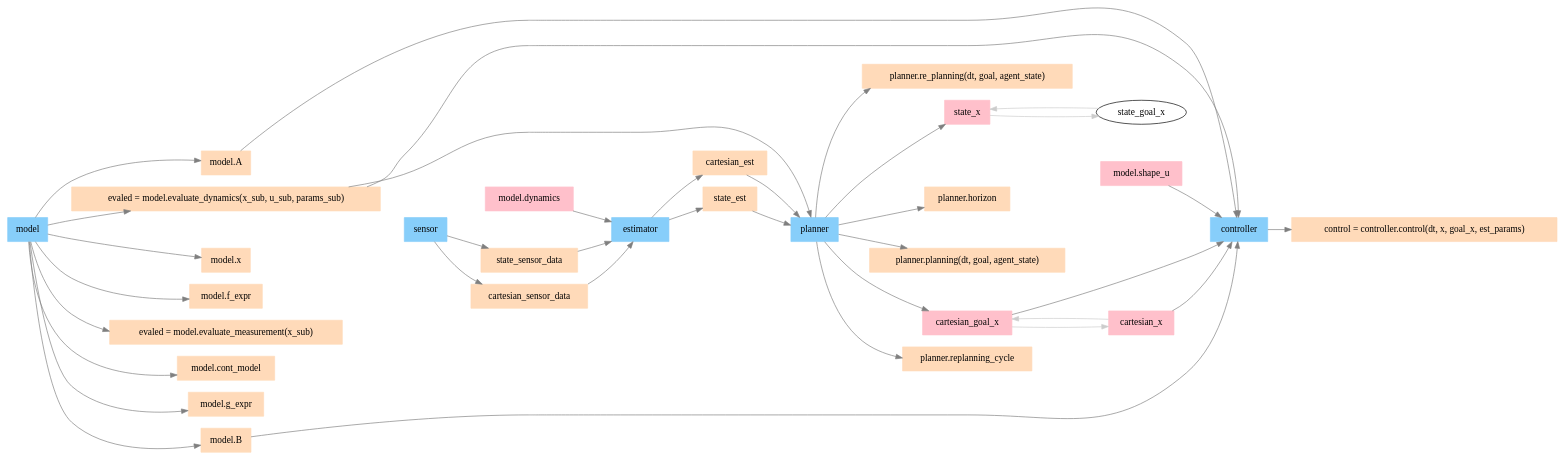
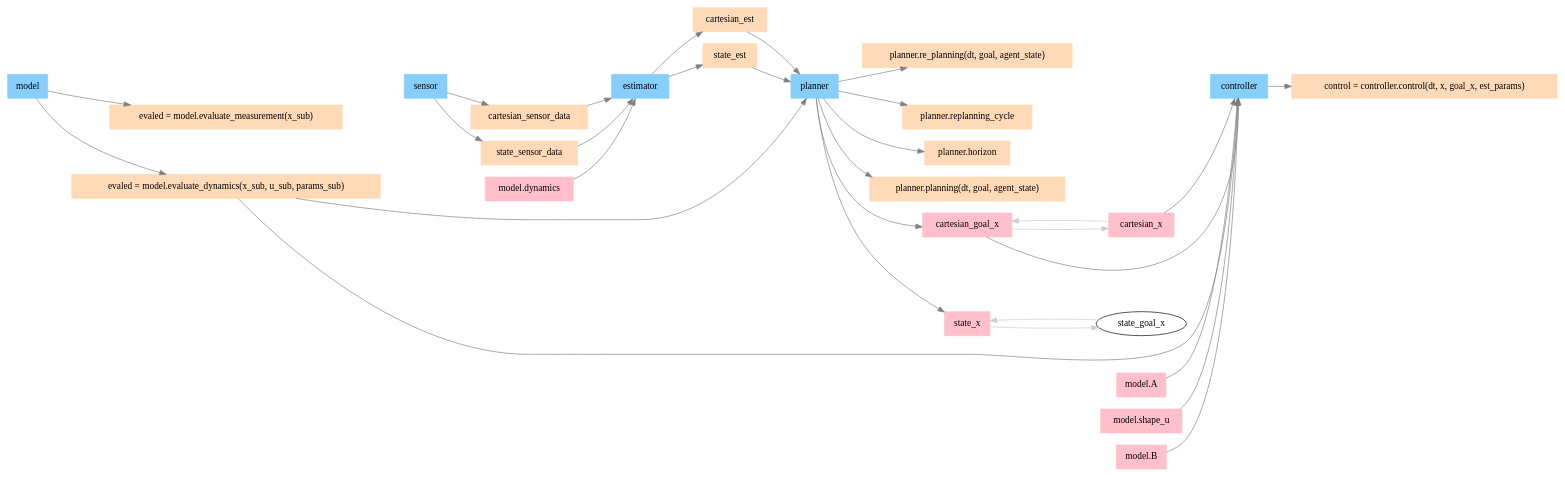
One commit to intelligent-control-lab/Composable_Agent_Toolbox changed the diagram in img/deps.gv. Above: the diagram before and after it, drawn with Graphviz. The commit also changed 4 other files, not shown here.

Commit message:
modify model yaml. architecture parser can not deal with empty entries and empty classes, need to be fixed

```diff
--- a/img/deps.gv
+++ b/img/deps.gv
@@ -1,126 +1,106 @@
 digraph G {
 	compound=true rankdir=LR
 	model [color=lightskyblue fillcolor=lightskyblue shape=box style=filled]
+	controller [color=lightskyblue fillcolor=lightskyblue shape=box style=filled]
+	planner [color=lightskyblue fillcolor=lightskyblue shape=box style=filled]
+	sensor [color=lightskyblue fillcolor=lightskyblue shape=box style=filled]
 	estimator [color=lightskyblue fillcolor=lightskyblue shape=box style=filled]
-	sensor [color=lightskyblue fillcolor=lightskyblue shape=box style=filled]
-	planner [color=lightskyblue fillcolor=lightskyblue shape=box style=filled]
-	controller [color=lightskyblue fillcolor=lightskyblue shape=box style=filled]
+	cartesian_sensor_data [color=peachpuff fillcolor=peachpuff shape=box style=filled]
+	"control = controller.control(dt, x, goal_x, est_params)" [color=peachpuff fillcolor=peachpuff shape=box style=filled]
+	"planner.replanning_cycle" [color=peachpuff fillcolor=peachpuff shape=box style=filled]
+	cartesian_x [color=peachpuff fillcolor=peachpuff shape=box style=filled]
+	cartesian_est [color=peachpuff fillcolor=peachpuff shape=box style=filled]
+	state_est [color=peachpuff fillcolor=peachpuff shape=box style=filled]
+	"planner.horizon" [color=peachpuff fillcolor=peachpuff shape=box style=filled]
+	"planner.planning(dt, goal, agent_state)" [color=peachpuff fillcolor=peachpuff shape=box style=filled]
+	cartesian_goal_x [color=peachpuff fillcolor=peachpuff shape=box style=filled]
+	"evaled = model.evaluate_dynamics(x_sub, u_sub, params_sub)" [color=peachpuff fillcolor=peachpuff shape=box style=filled]
+	"model.A" [color=peachpuff fillcolor=peachpuff shape=box style=filled]
+	"model.shape_u" [color=peachpuff fillcolor=peachpuff shape=box style=filled]
+	"model.dynamics" [color=peachpuff fillcolor=peachpuff shape=box style=filled]
 	"model.B" [color=peachpuff fillcolor=peachpuff shape=box style=filled]
-	cartesian_est [color=peachpuff fillcolor=peachpuff shape=box style=filled]
-	"evaled = model.evaluate_dynamics(x_sub, u_sub, params_sub)" [color=peachpuff fillcolor=peachpuff shape=box style=filled]
-	"planner.planning(dt, goal, agent_state)" [color=peachpuff fillcolor=peachpuff shape=box style=filled]
-	"model.shape_u" [color=peachpuff fillcolor=peachpuff shape=box style=filled]
+	state_x [color=peachpuff fillcolor=peachpuff shape=box style=filled]
+	"planner.re_planning(dt, goal, agent_state)" [color=peachpuff fillcolor=peachpuff shape=box style=filled]
 	state_sensor_data [color=peachpuff fillcolor=peachpuff shape=box style=filled]
-	"model.x" [color=peachpuff fillcolor=peachpuff shape=box style=filled]
-	cartesian_x [color=peachpuff fillcolor=peachpuff shape=box style=filled]
-	state_est [color=peachpuff fillcolor=peachpuff shape=box style=filled]
-	"model.dynamics" [color=peachpuff fillcolor=peachpuff shape=box style=filled]
-	cartesian_goal_x [color=peachpuff fillcolor=peachpuff shape=box style=filled]
-	"planner.replanning_cycle" [color=peachpuff fillcolor=peachpuff shape=box style=filled]
-	cartesian_sensor_data [color=peachpuff fillcolor=peachpuff shape=box style=filled]
-	"model.A" [color=peachpuff fillcolor=peachpuff shape=box style=filled]
-	"control = controller.control(dt, x, goal_x, est_params)" [color=peachpuff fillcolor=peachpuff shape=box style=filled]
-	"model.f_expr" [color=peachpuff fillcolor=peachpuff shape=box style=filled]
-	"planner.re_planning(dt, goal, agent_state)" [color=peachpuff fillcolor=peachpuff shape=box style=filled]
 	"evaled = model.evaluate_measurement(x_sub)" [color=peachpuff fillcolor=peachpuff shape=box style=filled]
-	"model.cont_model" [color=peachpuff fillcolor=peachpuff shape=box style=filled]
-	"model.g_expr" [color=peachpuff fillcolor=peachpuff shape=box style=filled]
-	"planner.horizon" [color=peachpuff fillcolor=peachpuff shape=box style=filled]
-	state_x [color=peachpuff fillcolor=peachpuff shape=box style=filled]
+	cartesian_x [color=pink fillcolor=pink shape=box style=filled]
+	"model.A" [color=pink fillcolor=pink shape=box style=filled]
 	"model.shape_u" [color=pink fillcolor=pink shape=box style=filled]
-	cartesian_x [color=pink fillcolor=pink shape=box style=filled]
 	"model.dynamics" [color=pink fillcolor=pink shape=box style=filled]
+	"model.B" [color=pink fillcolor=pink shape=box style=filled]
 	cartesian_goal_x [color=pink fillcolor=pink shape=box style=filled]
 	state_x [color=pink fillcolor=pink shape=box style=filled]
 	cartesian_x -> controller [color=gray50]
 	cartesian_goal_x -> controller [color=gray50]
 	"model.shape_u" -> controller [color=gray50]
 	"model.A" -> controller [color=gray50]
 	"model.B" -> controller [color=gray50]
 	"evaled = model.evaluate_dynamics(x_sub, u_sub, params_sub)" -> controller [color=gray50]
 	"evaled = model.evaluate_dynamics(x_sub, u_sub, params_sub)" -> planner [color=gray50]
 	controller -> "control = controller.control(dt, x, goal_x, est_params)" [color=gray50]
-	model -> "model.x" [color=gray50]
-	model -> "model.A" [color=gray50]
-	model -> "model.B" [color=gray50]
-	model -> "model.f_expr" [color=gray50]
-	model -> "model.g_expr" [color=gray50]
-	model -> "model.cont_model" [color=gray50]
 	model -> "evaled = model.evaluate_dynamics(x_sub, u_sub, params_sub)" [color=gray50]
 	model -> "evaled = model.evaluate_measurement(x_sub)" [color=gray50]
 	state_sensor_data -> estimator [color=gray50]
 	cartesian_sensor_data -> estimator [color=gray50]
 	"model.dynamics" -> estimator [color=gray50]
 	estimator -> cartesian_est [color=gray50]
 	estimator -> state_est [color=gray50]
 	sensor -> state_sensor_data [color=gray50]
 	sensor -> cartesian_sensor_data [color=gray50]
 	cartesian_est -> planner [color=gray50]
 	state_est -> planner [color=gray50]
 	planner -> state_x [color=gray50]
 	planner -> cartesian_goal_x [color=gray50]
 	planner -> "planner.horizon" [color=gray50]
 	planner -> "planner.replanning_cycle" [color=gray50]
 	planner -> "planner.planning(dt, goal, agent_state)" [color=gray50]
 	planner -> "planner.re_planning(dt, goal, agent_state)" [color=gray50]
 	cartesian_x -> cartesian_goal_x [color=gray80 weight=100]
 	cartesian_goal_x -> cartesian_x [color=gray80 weight=100]
 	state_x -> state_goal_x [color=gray80 weight=100]
 	state_goal_x -> state_x [color=gray80 weight=100]
 	model -> sensor [style=invis weight=1000]
 	sensor -> estimator [style=invis weight=1000]
 	estimator -> planner [style=invis weight=1000]
 	planner -> controller [style=invis weight=1000]
-	"model.x" -> sensor [style=invis]
-	"model.A" -> sensor [style=invis]
-	"model.B" -> sensor [style=invis]
-	"model.f_expr" -> sensor [style=invis]
-	"model.g_expr" -> sensor [style=invis]
-	"model.cont_model" -> sensor [style=invis]
 	"evaled = model.evaluate_dynamics(x_sub, u_sub, params_sub)" -> sensor [style=invis]
 	"evaled = model.evaluate_measurement(x_sub)" -> sensor [style=invis]
 	state_sensor_data -> estimator [style=invis]
 	cartesian_sensor_data -> estimator [style=invis]
 	cartesian_est -> planner [style=invis]
 	state_est -> planner [style=invis]
 	state_x -> controller [style=invis]
 	cartesian_goal_x -> controller [style=invis]
 	"planner.horizon" -> controller [style=invis]
 	"planner.replanning_cycle" -> controller [style=invis]
 	"planner.planning(dt, goal, agent_state)" -> controller [style=invis]
 	"planner.re_planning(dt, goal, agent_state)" -> controller [style=invis]
 	{
 		rank=same
-		"model.x"
-		"model.A"
-		"model.B"
-		"model.f_expr"
-		"model.g_expr"
-		"model.cont_model"
 		"evaled = model.evaluate_dynamics(x_sub, u_sub, params_sub)"
 		"evaled = model.evaluate_measurement(x_sub)"
 	}
 	{
 		rank=same
 		state_sensor_data
 		cartesian_sensor_data
 	}
 	{
 		rank=same
 		cartesian_est
 		state_est
 	}
 	{
 		rank=same
 		state_x
 		cartesian_goal_x
 		"planner.horizon"
 		"planner.replanning_cycle"
 		"planner.planning(dt, goal, agent_state)"
 		"planner.re_planning(dt, goal, agent_state)"
 	}
 	{
 		rank=same
 		"control = controller.control(dt, x, goal_x, est_params)"
 	}
 }
```
